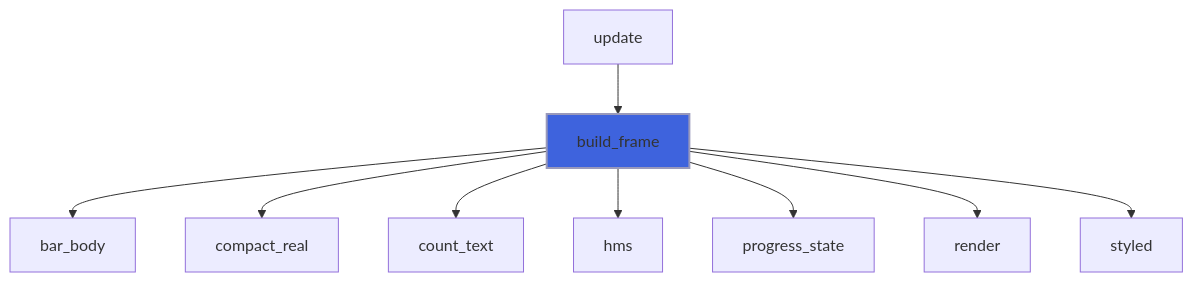
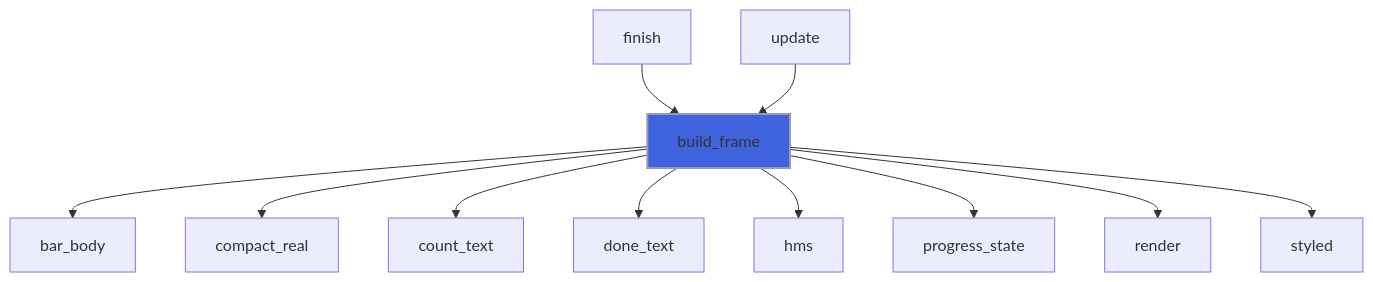
The eighth of 33 diagrams in docs/api/src/lib/forbear_bar_object.md (szaghi/forbear), drawn with Mermaid before and after one commit. The commit also changed other lines of this file and 28 other files, not shown here.

````diff
--- a/docs/api/src/lib/forbear_bar_object.md
+++ b/docs/api/src/lib/forbear_bar_object.md
@@ -404,12 +440,14 @@
 ```mermaid
 flowchart TD
+  finish["finish"] --> build_frame["build_frame"]
   update["update"] --> build_frame["build_frame"]
   build_frame["build_frame"] --> bar_body["bar_body"]
   build_frame["build_frame"] --> compact_real["compact_real"]
   build_frame["build_frame"] --> count_text["count_text"]
+  build_frame["build_frame"] --> done_text["done_text"]
   build_frame["build_frame"] --> hms["hms"]
   build_frame["build_frame"] --> progress_state["progress_state"]
   build_frame["build_frame"] --> render["render"]
   build_frame["build_frame"] --> styled["styled"]
   style build_frame fill:#3e63dd,stroke:#99b,stroke-width:2px
 ```
````
